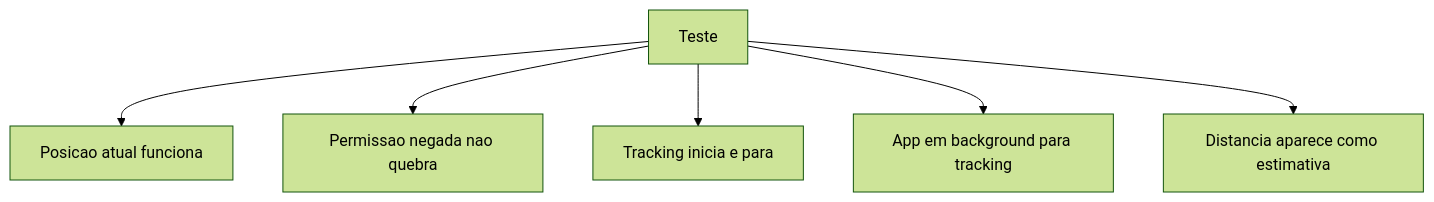
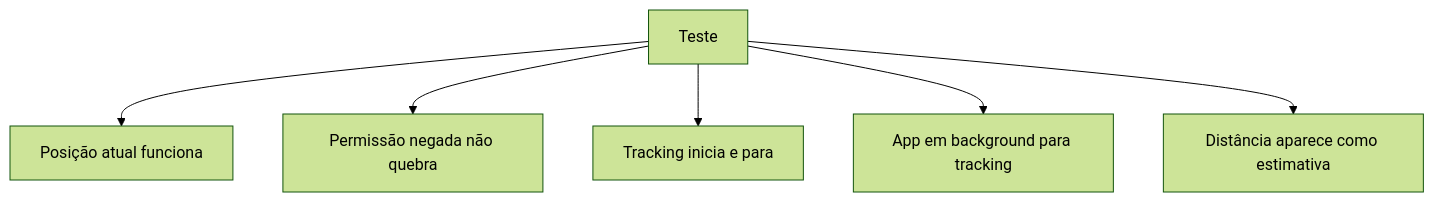
Diagram 12 of 13 in courses/2026-1-DS-Prog-Aplicativos-Mobile-II-Novotec-Noturno/aulas/aula-12.md (prof-gustavo-villalta/self), drawn with Mermaid (forest theme) before and after one commit. The commit also changed other lines of this file and 6 other files, not shown here.

````diff
--- a/courses/2026-1-DS-Prog-Aplicativos-Mobile-II-Novotec-Noturno/aulas/aula-12.md
+++ b/courses/2026-1-DS-Prog-Aplicativos-Mobile-II-Novotec-Noturno/aulas/aula-12.md
@@ -918,8 +918,8 @@
 ```mermaid
 flowchart TD
-    A[Teste] --> B[Posicao atual funciona]
-    A --> C[Permissao negada nao quebra]
+    A[Teste] --> B[Posição atual funciona]
+    A --> C[Permissão negada não quebra]
     A --> D[Tracking inicia e para]
     A --> E[App em background para tracking]
-    A --> F[Distancia aparece como estimativa]
+    A --> F[Distância aparece como estimativa]
 ```
````
